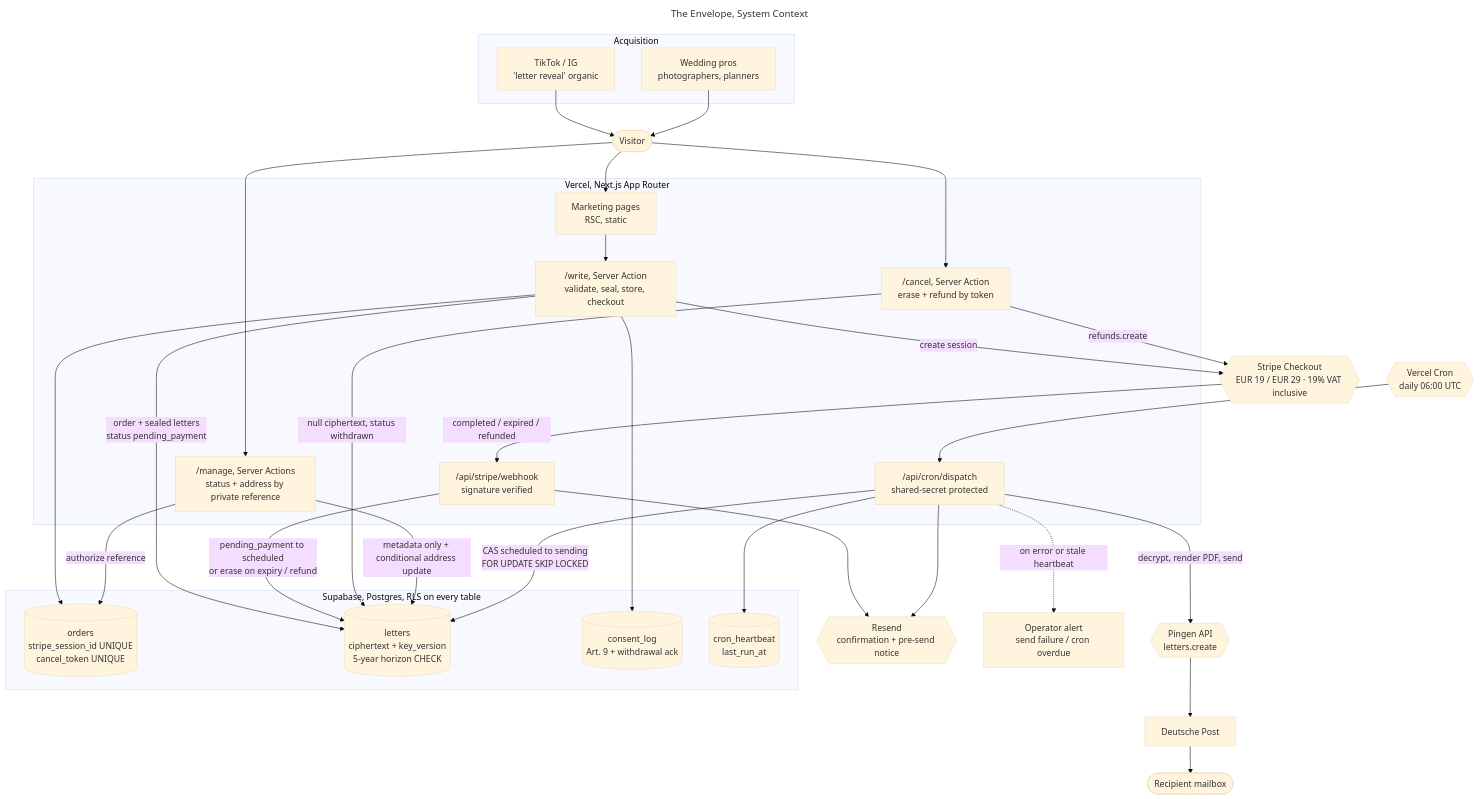
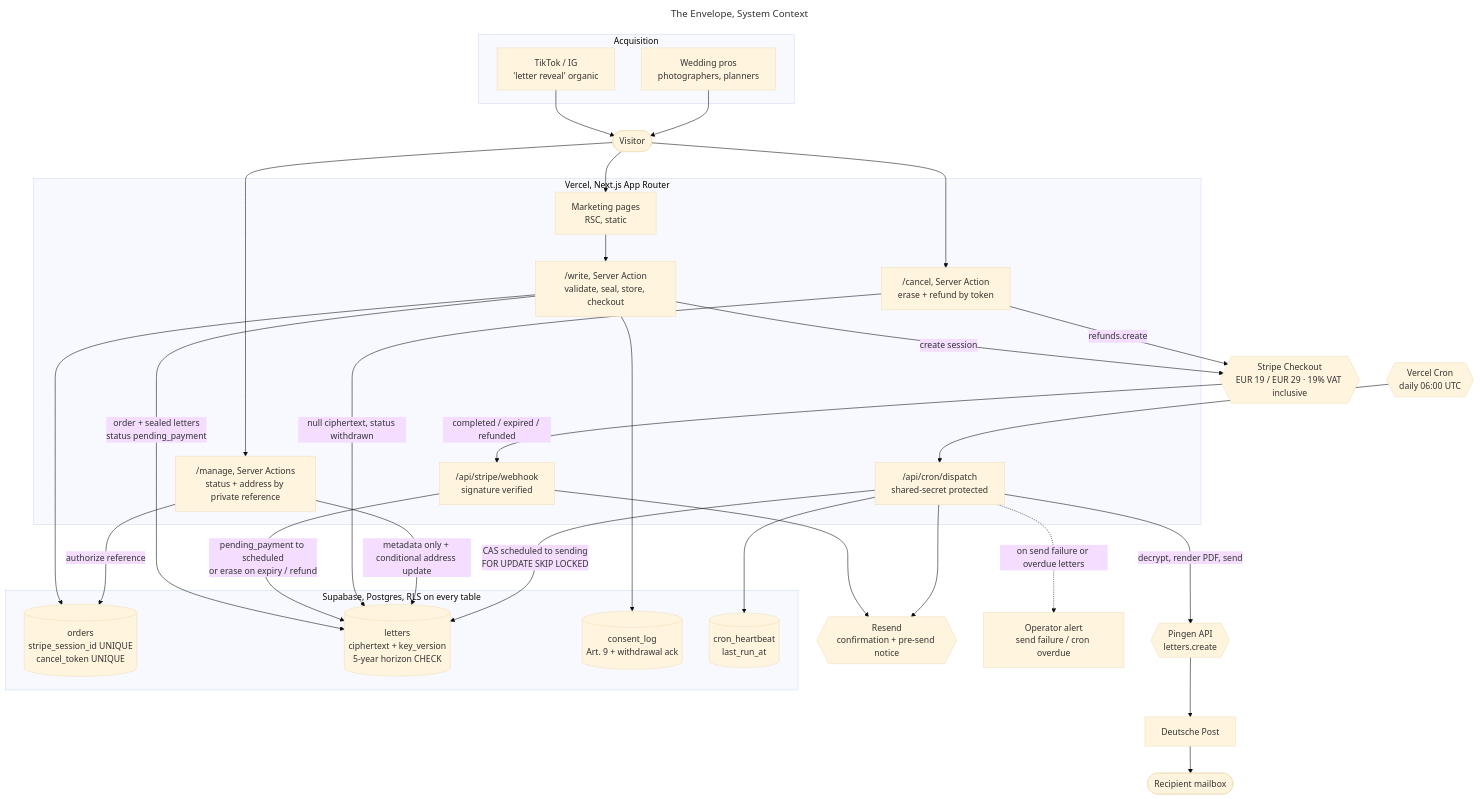
One commit to kandulanikhilvarma/the-envelope changed the first of 3 diagrams in README.md. Above: the diagram before and after it, drawn with Mermaid (base theme). The commit also changed other lines of this file and 2 other files, not shown here.

````diff
--- a/README.md
+++ b/README.md
@@ -87,65 +135,65 @@
 ```mermaid
 ---
 title: The Envelope, System Context
 ---
 flowchart TB
     subgraph acq["Acquisition"]
         TT["TikTok / IG<br/>'letter reveal' organic"]
         WP["Wedding pros<br/>photographers, planners"]
     end
 
     V(["Visitor"])
     TT --> V
     WP --> V
 
     subgraph vercel["Vercel, Next.js App Router"]
         MKT["Marketing pages<br/>RSC, static"]
         APP["/write, Server Action<br/>validate, seal, store, checkout"]
         MAN["/manage, Server Actions<br/>status + address by private reference"]
         CXL["/cancel, Server Action<br/>erase + refund by token"]
         HOOK["/api/stripe/webhook<br/>signature verified"]
         CRON["/api/cron/dispatch<br/>shared-secret protected"]
     end
 
     V --> MKT
     MKT --> APP
     V --> CXL
     V --> MAN
 
     subgraph supa["Supabase, Postgres, RLS on every table"]
         ORD[("orders<br/>stripe_session_id UNIQUE<br/>cancel_token UNIQUE")]
         LET[("letters<br/>ciphertext + key_version<br/>5-year horizon CHECK")]
         CON[("consent_log<br/>Art. 9 + withdrawal ack")]
         HB[("cron_heartbeat<br/>last_run_at")]
     end
 
     APP -->|"order + sealed letters<br/>status pending_payment"| LET
     APP --> ORD
     APP --> CON
     HOOK -->|"pending_payment to scheduled<br/>or erase on expiry / refund"| LET
     CXL -->|"null ciphertext, status withdrawn"| LET
     MAN -->|"authorize reference"| ORD
     MAN -->|"metadata only + conditional address update"| LET
     CRON -->|"CAS scheduled to sending<br/>FOR UPDATE SKIP LOCKED"| LET
     CRON --> HB
 
     STRIPE{{"Stripe Checkout<br/>EUR 19 / EUR 29 · 19% VAT inclusive"}}
     APP -->|"create session"| STRIPE
     STRIPE -->|"completed / expired / refunded"| HOOK
     CXL -->|"refunds.create"| STRIPE
 
     MAIL{{"Resend<br/>confirmation + pre-send notice"}}
     HOOK --> MAIL
     CRON --> MAIL
 
     SCHED{{"Vercel Cron<br/>daily 06:00 UTC"}}
     SCHED --> CRON
 
     PIN{{"Pingen API<br/>letters.create"}}
     CRON -->|"decrypt, render PDF, send"| PIN
     PIN --> DP["Deutsche Post"]
     DP --> RCP(["Recipient mailbox"])
 
     ALERT["Operator alert<br/>send failure / cron overdue"]
-    CRON -.->|"on error or stale heartbeat"| ALERT
+    CRON -.->|"on send failure or overdue letters"| ALERT
 ```
````
